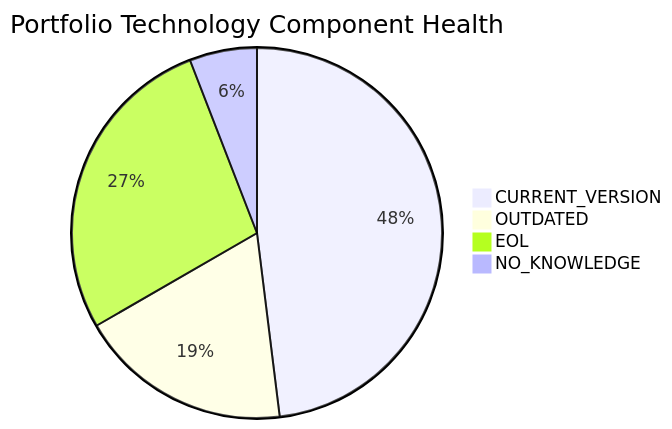
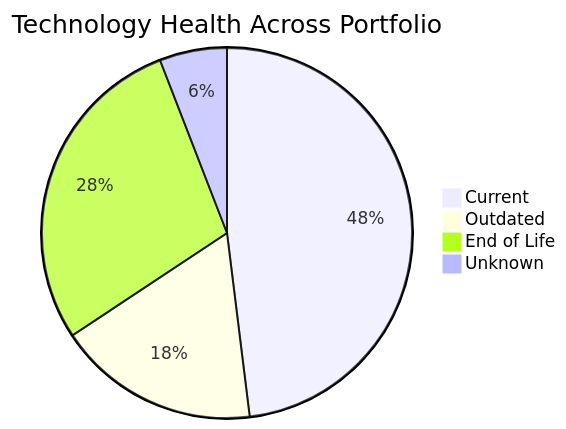
Before and after one commit to ktruchcz/copilot-test-ktruchcz: the second of 4 diagrams in discover/output/reports/portfolio_report.md, drawn with Mermaid. The commit also changed other lines of this file and 227 other files, not shown here.

````diff
--- a/discover/output/reports/portfolio_report.md
+++ b/discover/output/reports/portfolio_report.md
@@ -34,7 +19,7 @@
 ```mermaid
-pie title Portfolio Technology Component Health
-    "CURRENT_VERSION" : 49
-    "OUTDATED" : 19
-    "EOL" : 28
-    "NO_KNOWLEDGE" : 6
+pie title Technology Health Across Portfolio
+    "Current" : 49
+    "Outdated" : 18
+    "End of Life" : 29
+    "Unknown" : 6
 ```
````
